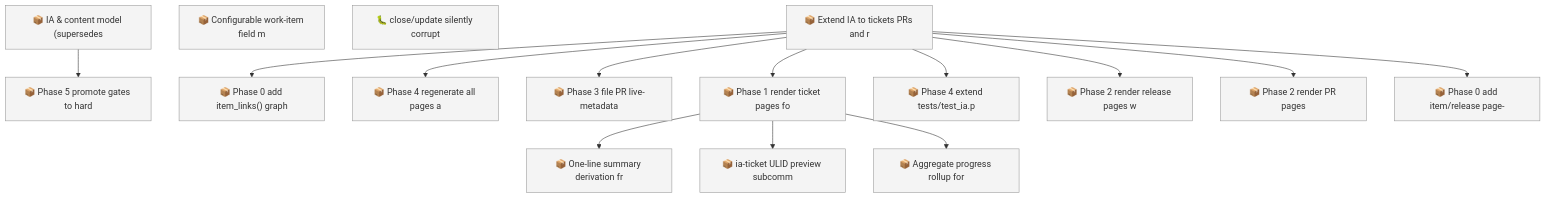
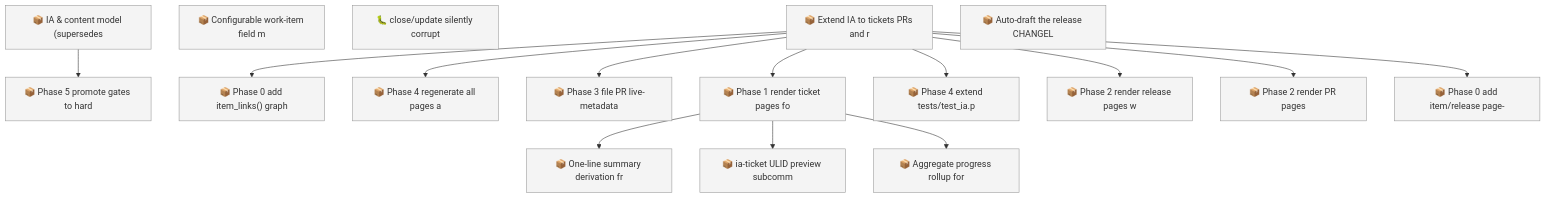
Before and after one commit to SpillwaveSolutions/wiki_ticket_sdd: the first of 2 diagrams in docs/roadmap.md, drawn with Mermaid. The commit also changed other lines of this file and 1 other file, not shown here.

First line of the commit message:
chore(worklog): file git-log-based CHANGELOG auto-draft item

````diff
--- a/docs/roadmap.md
+++ b/docs/roadmap.md
@@ -76,33 +77,34 @@
 ```mermaid
 graph TD
     01KY5G9ZW0H2YMNWDFJYGRPYE5["📦 IA & content model (supersedes"]
     01KY5G9ZW0RABXWHEMEP1FAV2G["📦 Phase 5 promote gates to hard"]
     01KY5NE0ZYGBWG44N0KPEBFCZ8["📦 Configurable work-item field m"]
     01KYA99TVCGX79HFNHN1DVT7Y6["🐛 close/update silently corrupt"]
     01KYABYEQP3YCB9AVHRPCTCMRS["📦 Phase 0 add item_links() graph"]
     01KYABYEQP8ANXGYPBCV2T20D8["📦 Extend IA to tickets PRs and r"]
     01KYABYEQP9FDY8THDV79F324G["📦 One-line summary derivation fr"]
     01KYABYEQPAFJM7WC3XZV6YY76["📦 ia-ticket ULID preview subcomm"]
     01KYABYEQPDS2VFQKQ7B6YXZVR["📦 Phase 4 regenerate all pages a"]
     01KYABYEQPF8N2K26ENRKREE0W["📦 Phase 3 file PR live-metadata"]
     01KYABYEQPK6PV87WNZXEYRB12["📦 Phase 1 render ticket pages fo"]
     01KYABYEQPNK7HHH5CMAR2V1JG["📦 Phase 4 extend tests/test_ia.p"]
     01KYABYEQPP82DJEN19F43YRAE["📦 Phase 2 render release pages w"]
     01KYABYEQPRM8308SYFPR8X437["📦 Aggregate progress rollup for"]
     01KYABYEQPW8Q2RGGTNP71W88E["📦 Phase 2 render PR pages"]
     01KYABYEQPXZAAY0VWF6Z8TQ27["📦 Phase 0 add item/release page-"]
+    01KYAC0AC01R4C6W7YY1X8NVRV["📦 Auto-draft the release CHANGEL"]
     01KY5G9ZW0H2YMNWDFJYGRPYE5 --> 01KY5G9ZW0RABXWHEMEP1FAV2G
     01KYABYEQP8ANXGYPBCV2T20D8 --> 01KYABYEQP3YCB9AVHRPCTCMRS
     01KYABYEQPK6PV87WNZXEYRB12 --> 01KYABYEQP9FDY8THDV79F324G
     01KYABYEQPK6PV87WNZXEYRB12 --> 01KYABYEQPAFJM7WC3XZV6YY76
     01KYABYEQP8ANXGYPBCV2T20D8 --> 01KYABYEQPDS2VFQKQ7B6YXZVR
     01KYABYEQP8ANXGYPBCV2T20D8 --> 01KYABYEQPF8N2K26ENRKREE0W
     01KYABYEQP8ANXGYPBCV2T20D8 --> 01KYABYEQPK6PV87WNZXEYRB12
     01KYABYEQP8ANXGYPBCV2T20D8 --> 01KYABYEQPNK7HHH5CMAR2V1JG
     01KYABYEQP8ANXGYPBCV2T20D8 --> 01KYABYEQPP82DJEN19F43YRAE
     01KYABYEQPK6PV87WNZXEYRB12 --> 01KYABYEQPRM8308SYFPR8X437
     01KYABYEQP8ANXGYPBCV2T20D8 --> 01KYABYEQPW8Q2RGGTNP71W88E
     01KYABYEQP8ANXGYPBCV2T20D8 --> 01KYABYEQPXZAAY0VWF6Z8TQ27
     classDef todo fill:#f4f4f4,stroke:#999999
-    class 01KY5G9ZW0H2YMNWDFJYGRPYE5,01KY5G9ZW0RABXWHEMEP1FAV2G,01KY5NE0ZYGBWG44N0KPEBFCZ8,01KYA99TVCGX79HFNHN1DVT7Y6,01KYABYEQP3YCB9AVHRPCTCMRS,01KYABYEQP8ANXGYPBCV2T20D8,01KYABYEQP9FDY8THDV79F324G,01KYABYEQPAFJM7WC3XZV6YY76,01KYABYEQPDS2VFQKQ7B6YXZVR,01KYABYEQPF8N2K26ENRKREE0W,01KYABYEQPK6PV87WNZXEYRB12,01KYABYEQPNK7HHH5CMAR2V1JG,01KYABYEQPP82DJEN19F43YRAE,01KYABYEQPRM8308SYFPR8X437,01KYABYEQPW8Q2RGGTNP71W88E,01KYABYEQPXZAAY0VWF6Z8TQ27 todo
+    class 01KY5G9ZW0H2YMNWDFJYGRPYE5,01KY5G9ZW0RABXWHEMEP1FAV2G,01KY5NE0ZYGBWG44N0KPEBFCZ8,01KYA99TVCGX79HFNHN1DVT7Y6,01KYABYEQP3YCB9AVHRPCTCMRS,01KYABYEQP8ANXGYPBCV2T20D8,01KYABYEQP9FDY8THDV79F324G,01KYABYEQPAFJM7WC3XZV6YY76,01KYABYEQPDS2VFQKQ7B6YXZVR,01KYABYEQPF8N2K26ENRKREE0W,01KYABYEQPK6PV87WNZXEYRB12,01KYABYEQPNK7HHH5CMAR2V1JG,01KYABYEQPP82DJEN19F43YRAE,01KYABYEQPRM8308SYFPR8X437,01KYABYEQPW8Q2RGGTNP71W88E,01KYABYEQPXZAAY0VWF6Z8TQ27,01KYAC0AC01R4C6W7YY1X8NVRV todo
 ```
````
